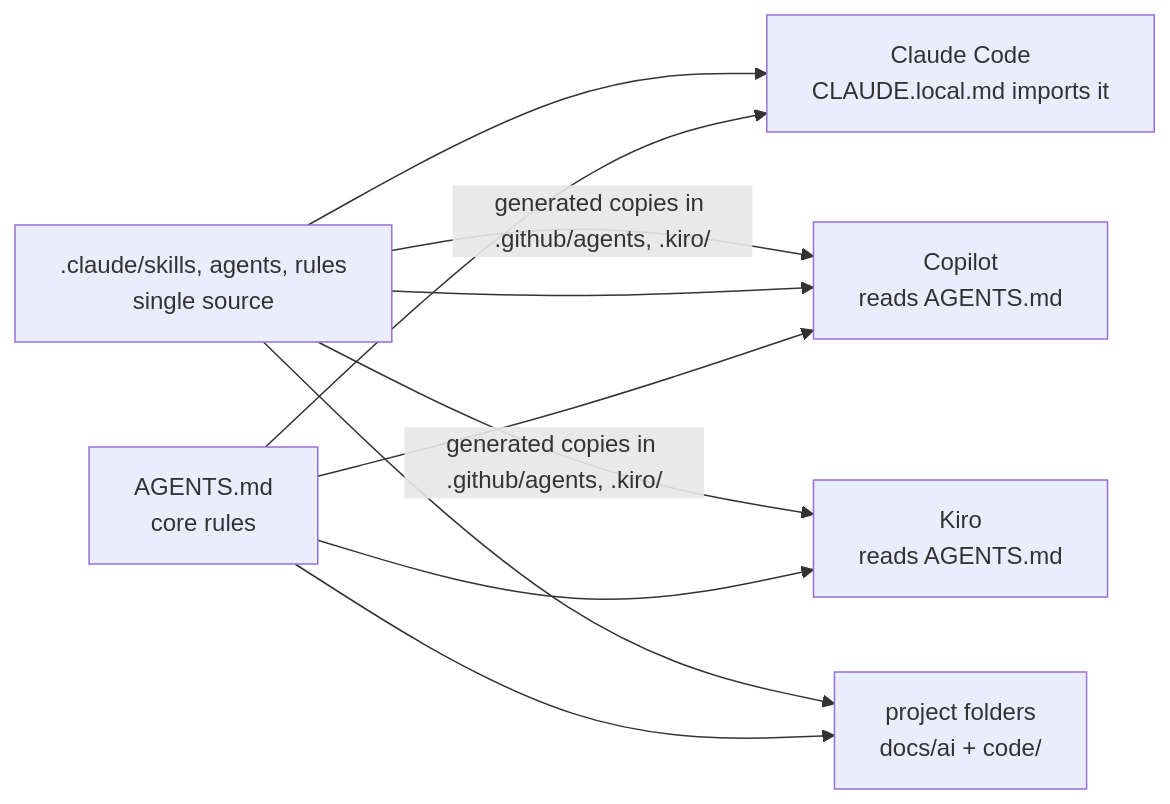
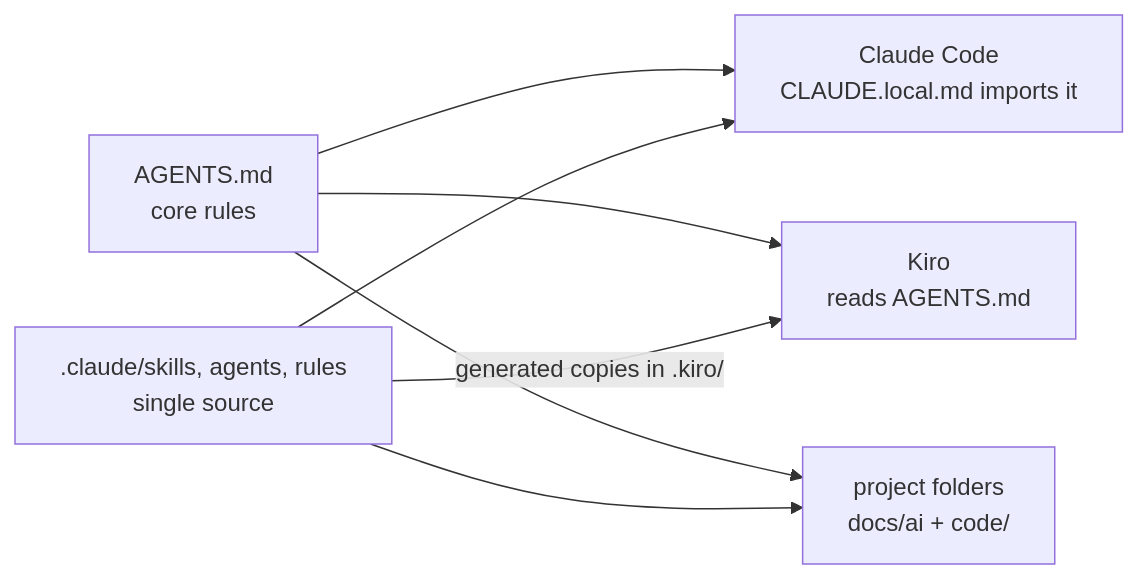
The diagram in README.md (GociuRadu/AI-Setup), drawn with Mermaid before and after one commit. The commit also changed other lines of this file and 22 other files, not shown here.

````diff
--- a/README.md
+++ b/README.md
@@ -5,9 +5,8 @@
 ```mermaid
 flowchart LR
   A[AGENTS.md<br/>core rules] --> C[Claude Code<br/>CLAUDE.local.md imports it]
-  A --> G[Copilot<br/>reads AGENTS.md]
   A --> K[Kiro<br/>reads AGENTS.md]
-  S[.claude/skills, agents, rules<br/>single source] --> C & G
-  S -->|generated copies in .github/agents, .kiro/| G & K
+  S[.claude/skills, agents, rules<br/>single source] --> C
+  S -->|generated copies in .kiro/| K
   A & S --> P[project folders<br/>docs/ai + code/]
 ```
````
